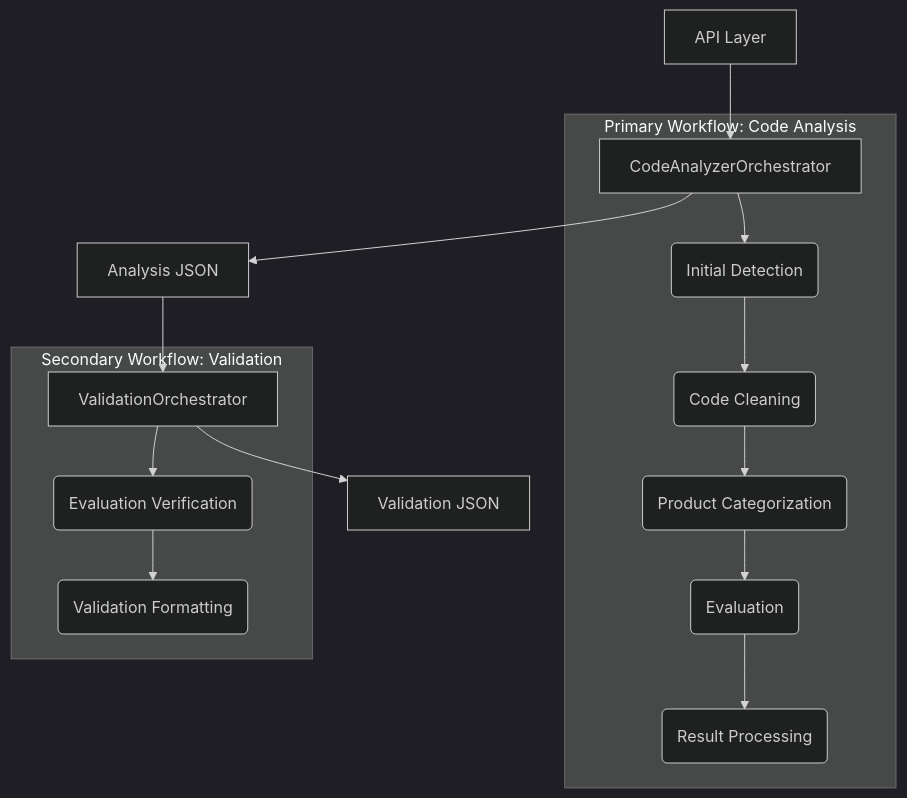
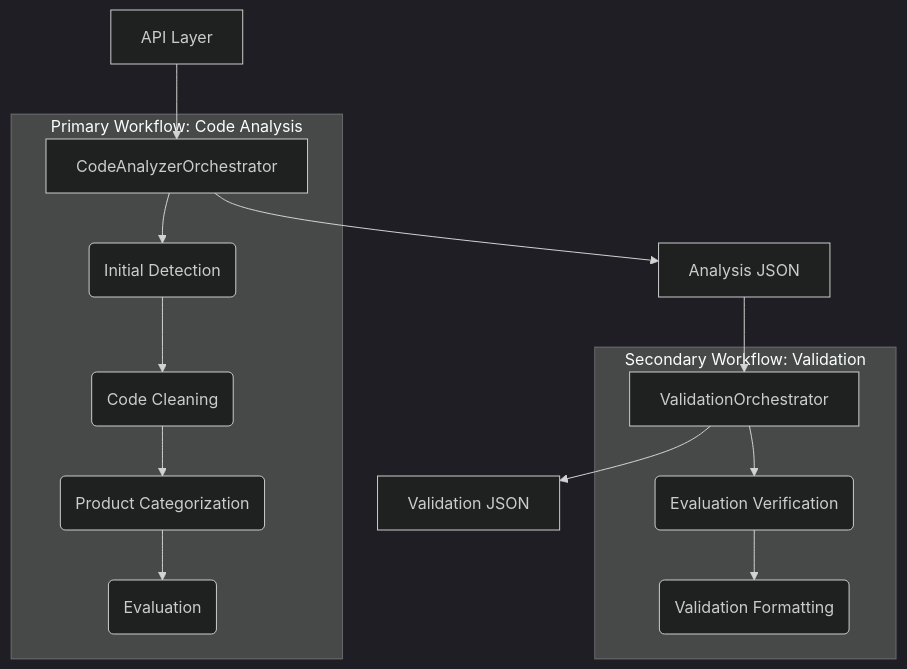
The first of 2 diagrams in docs/TECHNICAL_DESIGN.md (joeshirey/HealthScoringAgent), drawn with Mermaid (dark theme) before and after one commit. The commit also changed other lines of this file and 16 other files, not shown here.

````diff
--- a/docs/TECHNICAL_DESIGN.md
+++ b/docs/TECHNICAL_DESIGN.md
@@ -20,20 +20,19 @@
 ```mermaid
 graph TD
     subgraph "Primary Workflow: Code Analysis"
         A[CodeAnalyzerOrchestrator] --> B(Initial Detection);
         B --> C(Code Cleaning);
         C --> D(Product Categorization);
         D --> E(Evaluation);
-        E --> F(Result Processing);
     end
 
     subgraph "Secondary Workflow: Validation"
         G[ValidationOrchestrator] --> H(Evaluation Verification);
         H --> I(Validation Formatting);
     end
 
     API[API Layer] --> A;
     A --> API_Response_1[Analysis JSON];
     API_Response_1 --> G;
     G --> API_Response_2[Validation JSON];
 ```
````
